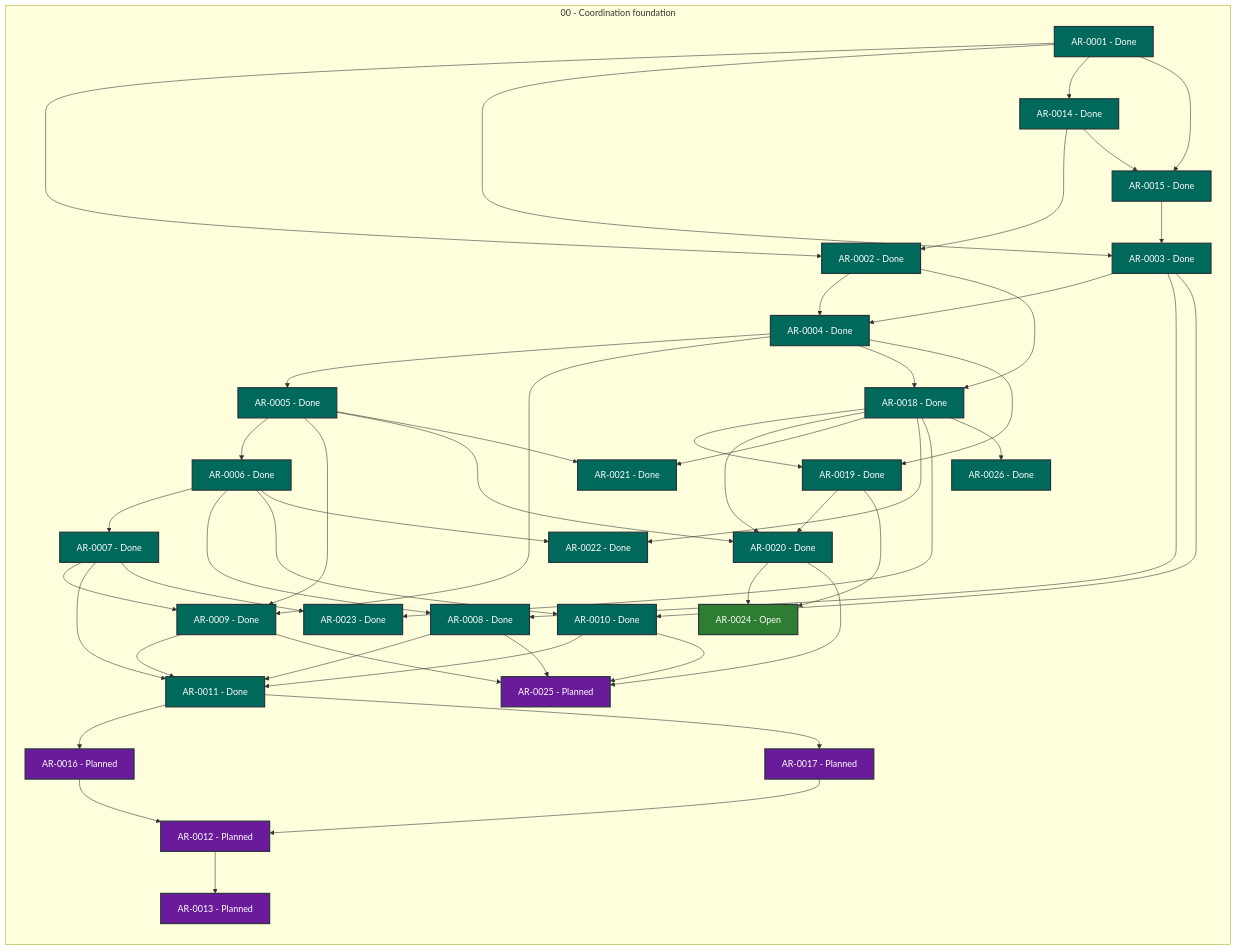
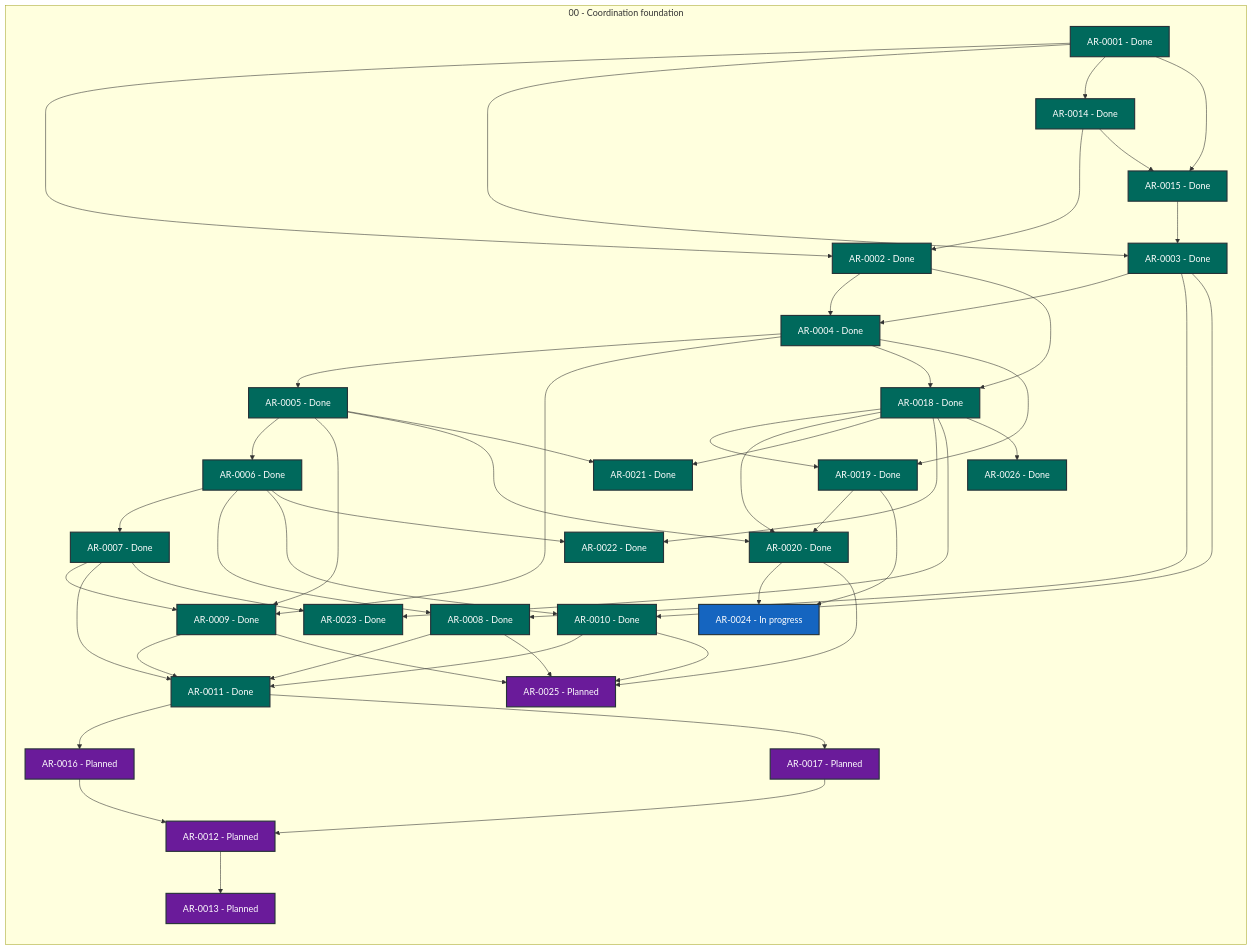
The diagram in STATUS.md (martin-beck/agent-workflow-tui-state), drawn with Mermaid before and after one commit. The commit also changed other lines of this file and 2 other files, not shown here.

```diff
--- a/STATUS.md
+++ b/STATUS.md
@@ -51,7 +51,7 @@
         AR_0021["AR-0021 - Done"]:::status_done
         AR_0022["AR-0022 - Done"]:::status_done
         AR_0023["AR-0023 - Done"]:::status_done
-        AR_0024["AR-0024 - Open"]:::status_open
+        AR_0024["AR-0024 - In progress"]:::status_in_progress
         AR_0025["AR-0025 - Planned"]:::status_planned
         AR_0026["AR-0026 - Done"]:::status_done
     end
```
